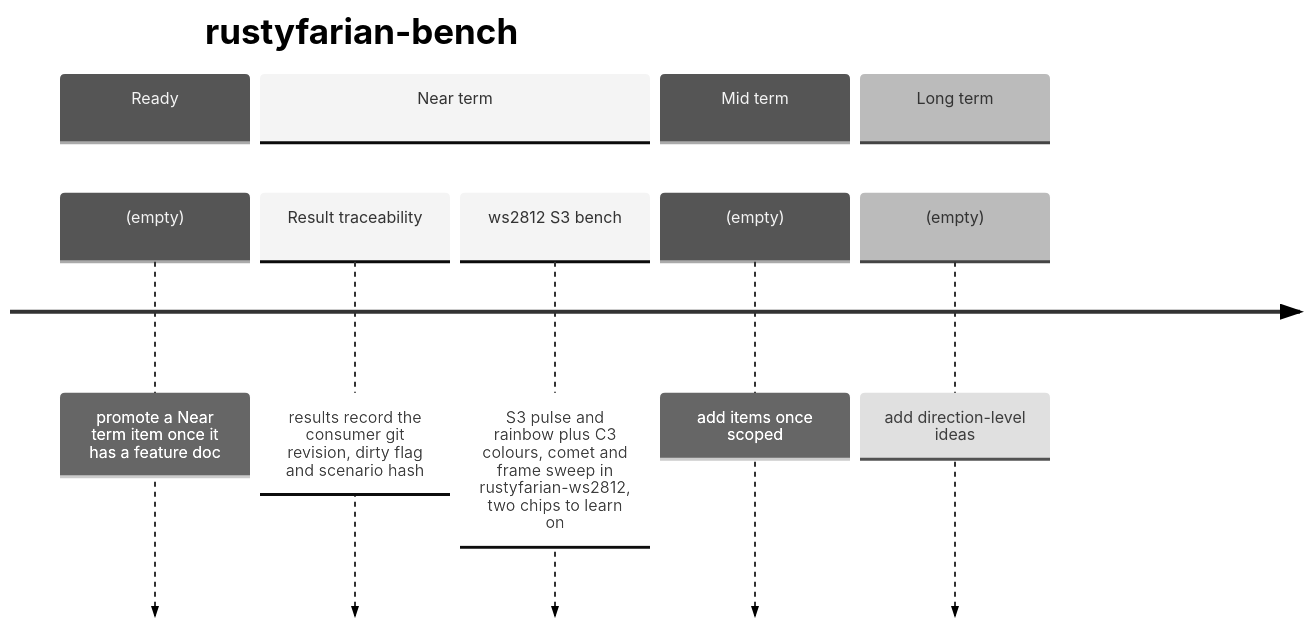
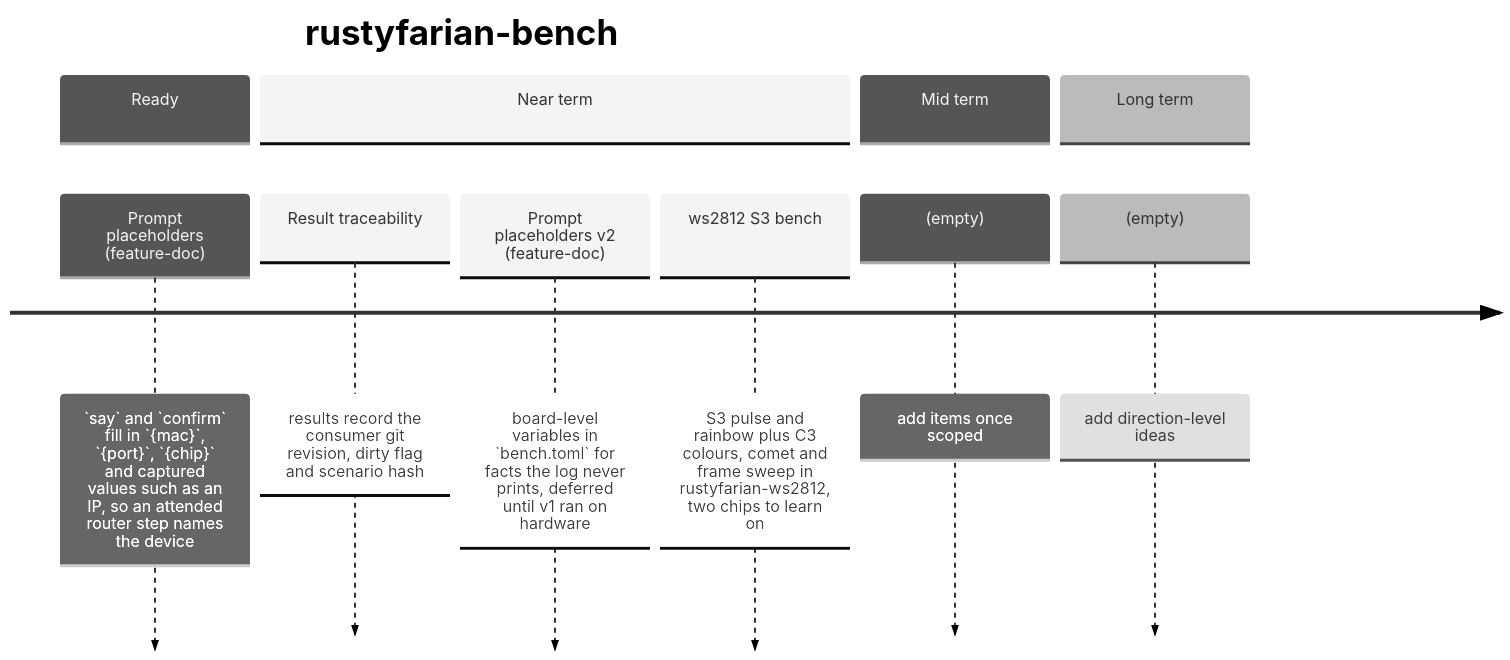
Before and after one commit to datenkollektiv/rustyfarian-bench: the diagram in docs/ROADMAP.md, drawn with Mermaid (neutral theme). The commit also changed 11 other files, not shown here.

Commit message:
Fill in placeholders in prompts and add {mac}

````diff
--- a/docs/ROADMAP.md
+++ b/docs/ROADMAP.md
@@ -8,13 +8,14 @@
 ```mermaid
 timeline
     title rustyfarian-bench
     section Ready
-        (empty) : promote a Near term item once it has a feature doc
+        Prompt placeholders (feature-doc) : `say` and `confirm` fill in `{mac}`, `{port}`, `{chip}` and captured values such as an IP, so an attended router step names the device
     section Near term
         Result traceability : results record the consumer git revision, dirty flag and scenario hash
+        Prompt placeholders v2 (feature-doc) : board-level variables in `bench.toml` for facts the log never prints, deferred until v1 ran on hardware
         ws2812 S3 bench : S3 pulse and rainbow plus C3 colours, comet and frame sweep in rustyfarian-ws2812, two chips to learn on
     section Mid term
         (empty) : add items once scoped
     section Long term
         (empty) : add direction-level ideas
 ```
````
